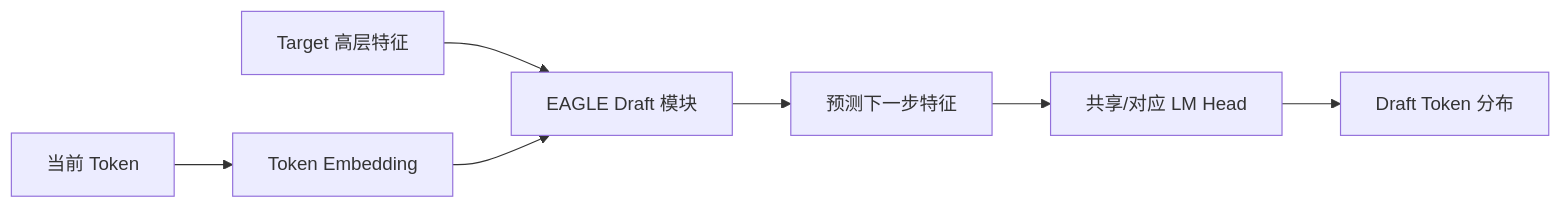
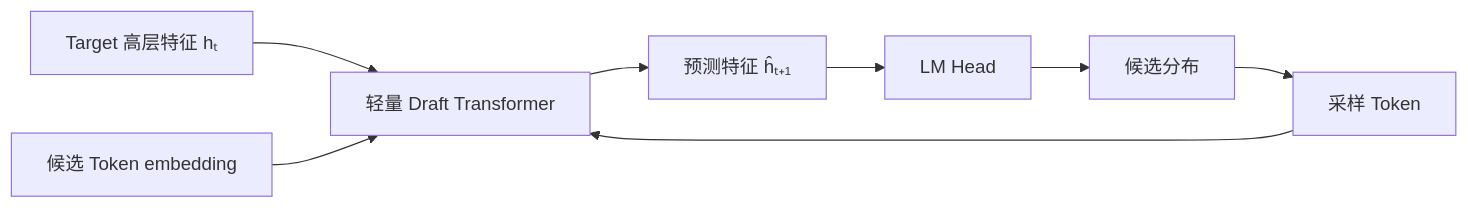
The second of 2 diagrams in docs/guides/模块四-推理优化/第5章-Speculative-Decoding/5.3-Self-Draft方案.md (caomaolufei/AIInfraGuide), drawn with Mermaid before and after one commit. The commit also changed other lines of this file and 53 other files, not shown here.

````diff
--- a/docs/guides/模块四-推理优化/第5章-Speculative-Decoding/5.3-Self-Draft方案.md
+++ b/docs/guides/模块四-推理优化/第5章-Speculative-Decoding/5.3-Self-Draft方案.md
@@ -111,9 +342,10 @@
 ```mermaid
 flowchart LR
-    X["当前 Token"] --> E["Token Embedding"]
-    H["Target 高层特征"] --> D["EAGLE Draft 模块"]
-    E --> D
-    D --> H2["预测下一步特征"]
-    H2 --> LM["共享/对应 LM Head"]
-    LM --> Q["Draft Token 分布"]
+    H["Target 高层特征 hₜ"] --> D["轻量 Draft Transformer"]
+    E["候选 Token embedding"] --> D
+    D --> H2["预测特征 ĥₜ₊₁"]
+    H2 --> LM["LM Head"]
+    LM --> Q["候选分布"]
+    Q --> E2["采样 Token"]
+    E2 --> D
 ```
````
